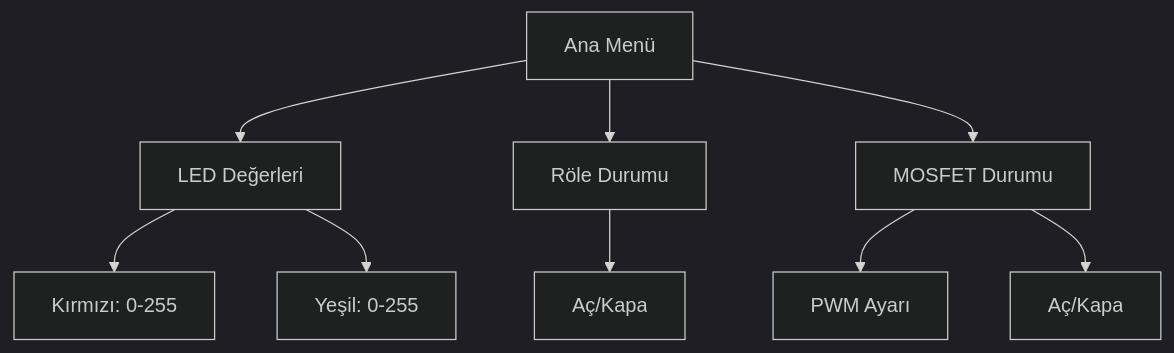
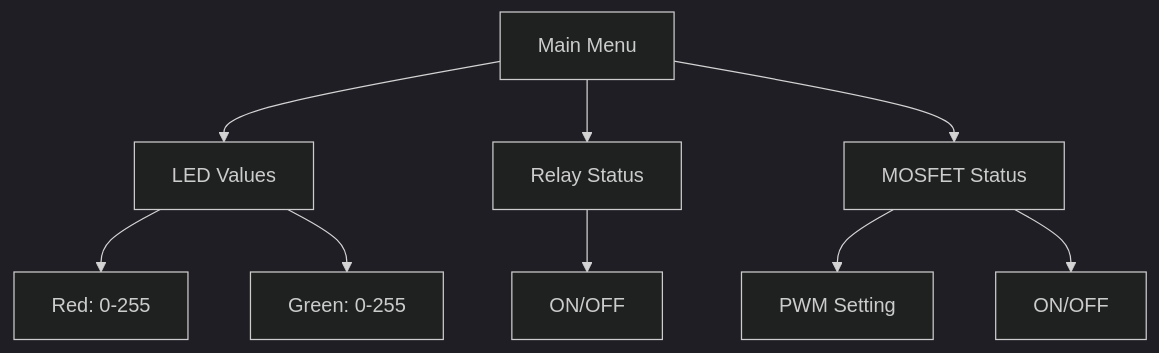
One commit to hamzadenizyilmaz/RGB-Control-System-with-ESP32-C6 changed the third of 4 diagrams in README.md. Above: the diagram before and after it, drawn with Mermaid (dark theme). The commit also changed other lines of this file, not shown here.

````diff
--- a/README.md
+++ b/README.md
@@ -127,11 +128,11 @@
 ```mermaid
 graph TD;
-    A[Ana Menü] --> B[LED Değerleri];
-    A --> C[Röle Durumu];
-    A --> D[MOSFET Durumu];
-    B --> B1[Kırmızı: 0-255];
-    B --> B2[Yeşil: 0-255];
-    C --> C1[Aç/Kapa];
-    D --> D1[PWM Ayarı];
-    D --> D2[Aç/Kapa];
+    A[Main Menu] --> B[LED Values];
+    A --> C[Relay Status];
+    A --> D[MOSFET Status];
+    B --> B1[Red: 0-255];
+    B --> B2[Green: 0-255];
+    C --> C1[ON/OFF];
+    D --> D1[PWM Setting];
+    D --> D2[ON/OFF];
 ```
````
